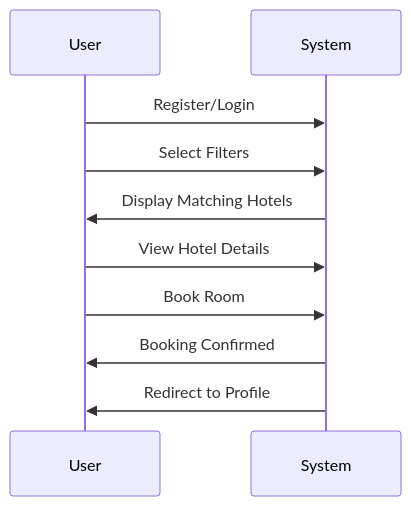
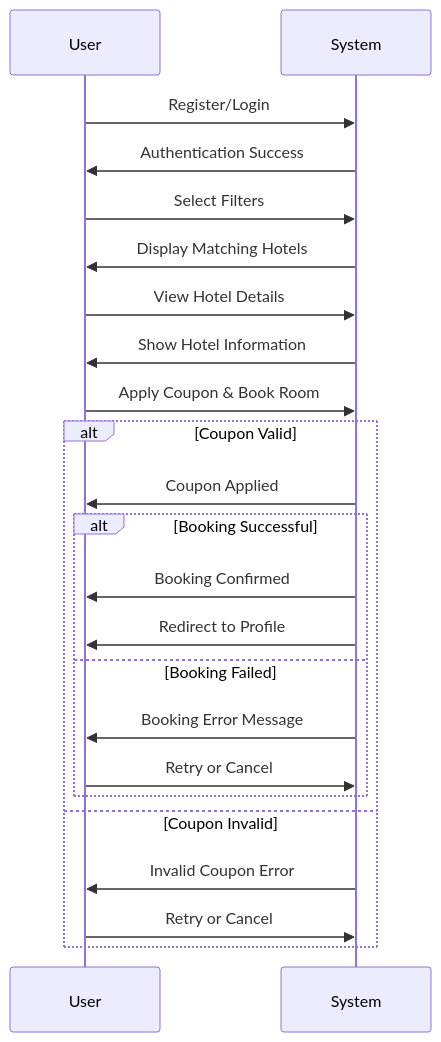
One commit to Khush-GKMIT/Hotel-Management-System-Docs changed the second of 2 diagrams in docs/functional.md. Above: the diagram before and after it, drawn with Mermaid. The commit also changed other lines of this file and 6 other files, not shown here.

Commit message:
Updated documentation: improved flowcharts with error handling and removed styling

````diff
--- a/docs/functional.md
+++ b/docs/functional.md
@@ -73,13 +66,26 @@
 ```mermaid
 sequenceDiagram
     participant User
     participant System
     
     User->>System: Register/Login
+    System->>User: Authentication Success
     User->>System: Select Filters
     System->>User: Display Matching Hotels
     User->>System: View Hotel Details
-    User->>System: Book Room
-    System->>User: Booking Confirmed
-    System->>User: Redirect to Profile
+    System->>User: Show Hotel Information
+    User->>System: Apply Coupon & Book Room
+    alt Coupon Valid
+        System->>User: Coupon Applied
+        alt Booking Successful
+            System->>User: Booking Confirmed
+            System->>User: Redirect to Profile
+        else Booking Failed
+            System->>User: Booking Error Message
+            User->>System: Retry or Cancel
+        end
+    else Coupon Invalid
+        System->>User: Invalid Coupon Error
+        User->>System: Retry or Cancel
+    end
 ```
````
